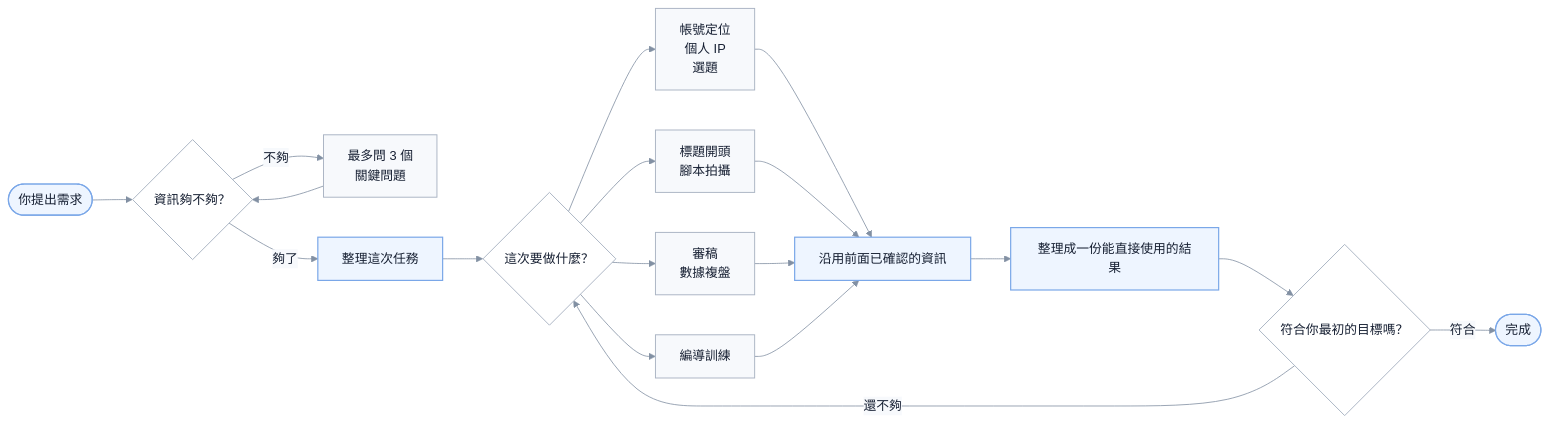
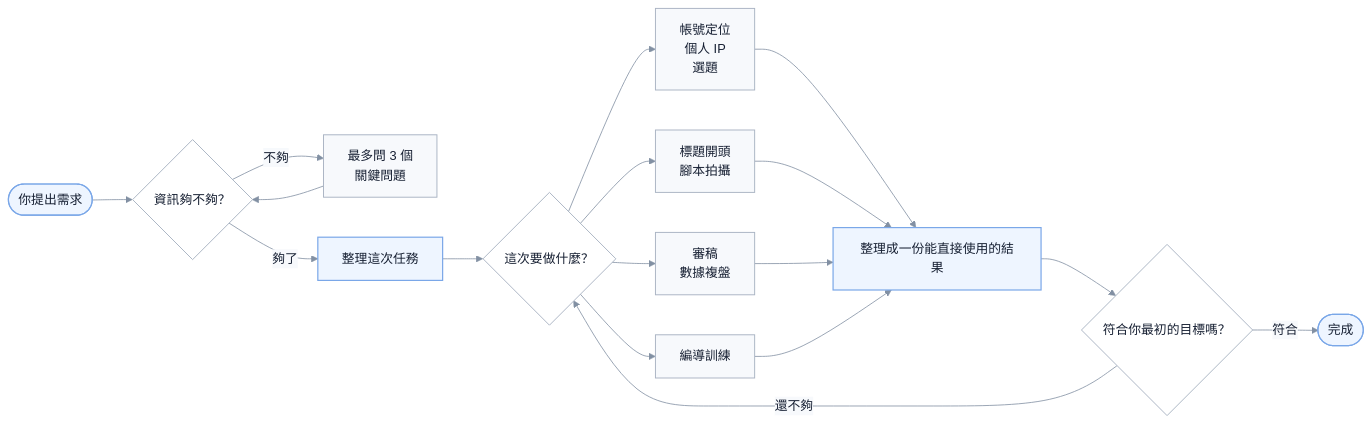
Before and after one commit to Eliotcute/human-best-video-director: the second of 2 diagrams in README.zh-TW.md, drawn with Mermaid. The commit also changed other lines of this file and 2 other files, not shown here.

Commit message:
Add project architecture and publishing links

````diff
--- a/README.zh-TW.md
+++ b/README.zh-TW.md
@@ -85,30 +145,27 @@
 ```mermaid
 %%{init: {"theme":"base","themeVariables":{"background":"#ffffff","primaryColor":"#eef5ff","primaryTextColor":"#172033","primaryBorderColor":"#7aa7e8","lineColor":"#8290a3","secondaryColor":"#f7f9fc","tertiaryColor":"#ffffff","fontFamily":"-apple-system, BlinkMacSystemFont, Segoe UI, sans-serif"},"flowchart":{"curve":"basis"}}}%%
 flowchart LR
     U(["你提出需求"]) --> G{"資訊夠不夠？"}
     G -- "不夠" --> Q["最多問 3 個<br/>關鍵問題"]
     Q --> G
     G -- "夠了" --> B["整理這次任務"]
-
     B --> R{"這次要做什麼？"}
     R --> A["帳號定位<br/>個人 IP<br/>選題"]
     R --> C["標題開頭<br/>腳本拍攝"]
     R --> D["審稿<br/>數據複盤"]
     R --> T["編導訓練"]
-
-    A --> H["沿用前面已確認的資訊"]
-    C --> H
-    D --> H
-    T --> H
-    H --> O["整理成一份能直接使用的結果"]
+    A --> O["整理成一份能直接使用的結果"]
+    C --> O
+    D --> O
+    T --> O
     O --> V{"符合你最初的目標嗎？"}
     V -- "還不夠" --> R
     V -- "符合" --> Z(["完成"])
 
     classDef main fill:#eef5ff,stroke:#7aa7e8,color:#172033,stroke-width:1.5px;
     classDef plain fill:#ffffff,stroke:#aab4c3,color:#172033,stroke-width:1.2px;
     classDef branch fill:#f7f9fc,stroke:#aab4c3,color:#172033,stroke-width:1.2px;
-    class U,B,H,O,Z main;
+    class U,B,O,Z main;
     class G,R,V plain;
     class Q,A,C,D,T branch;
 ```
````
